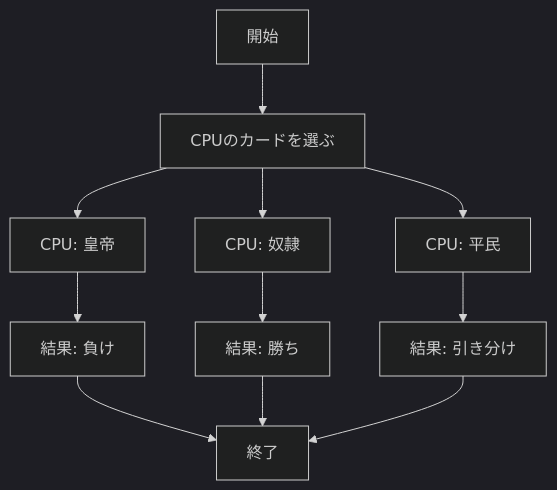
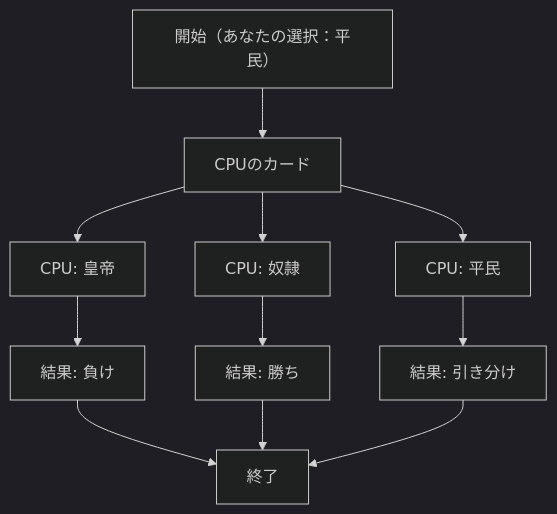
Before and after one commit to Bunnies0722/webpro_06: the sixth of 7 diagrams in README.md, drawn with Mermaid (dark theme). The commit also changed other lines of this file, not shown here.

````diff
--- a/README.md
+++ b/README.md
@@ -141,21 +141,21 @@
 ```mermaid
 flowchart TD;
 
-start["開始"];
-cpuChoose["CPUのカードを選ぶ"];
+start["開始（あなたの選択：平民）"];
+cpuChoose["CPUのカード"];
 
 cpuEmperor["CPU: 皇帝"];
 cpuSlave["CPU: 奴隷"];
 cpuCommon["CPU: 平民"];
 
 resultWin["結果: 勝ち"];
 resultLose["結果: 負け"];
 resultDraw["結果: 引き分け"];
 endGame["終了"];
 
 start --> cpuChoose;
 
 cpuChoose --> cpuEmperor --> resultLose --> endGame;
 cpuChoose --> cpuSlave --> resultWin --> endGame;
 cpuChoose --> cpuCommon --> resultDraw --> endGame;
 ```
````
